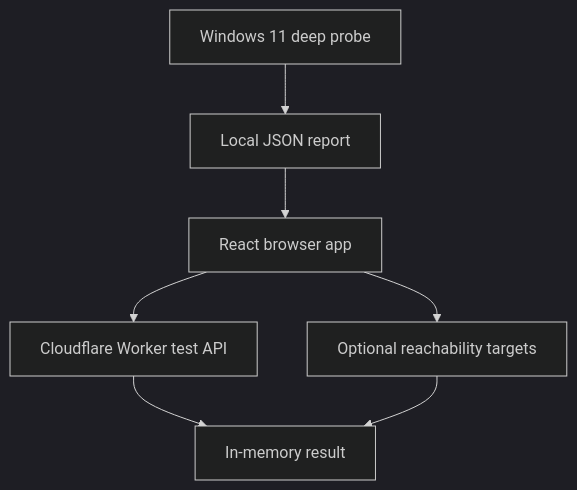
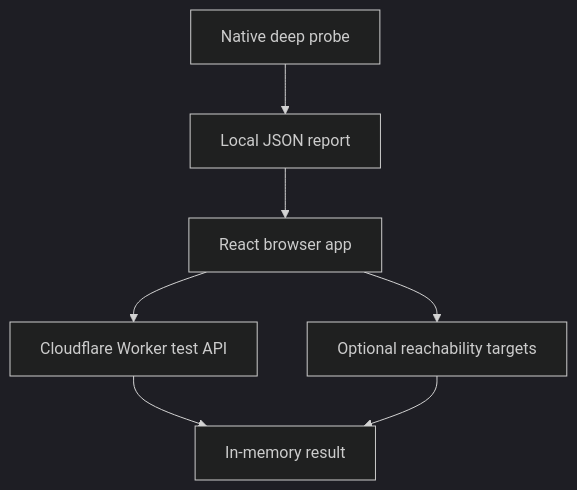
One commit to JohnnyZLi/Network-Diagnostics-Suite changed the diagram in README.md. Above: the diagram before and after it, drawn with Mermaid (dark theme). The commit also changed other lines of this file and 15 other files, not shown here.

````diff
--- a/README.md
+++ b/README.md
@@ -42,9 +42,9 @@
 ```mermaid
 flowchart TD
     Browser["React browser app"] --> Worker["Cloudflare Worker test API"]
     Browser --> Services["Optional reachability targets"]
-    Probe["Windows 11 deep probe"] --> Report["Local JSON report"]
+    Probe["Native deep probe"] --> Report["Local JSON report"]
     Report --> Browser
     Worker --> Result["In-memory result"]
     Services --> Result
 ```
````
